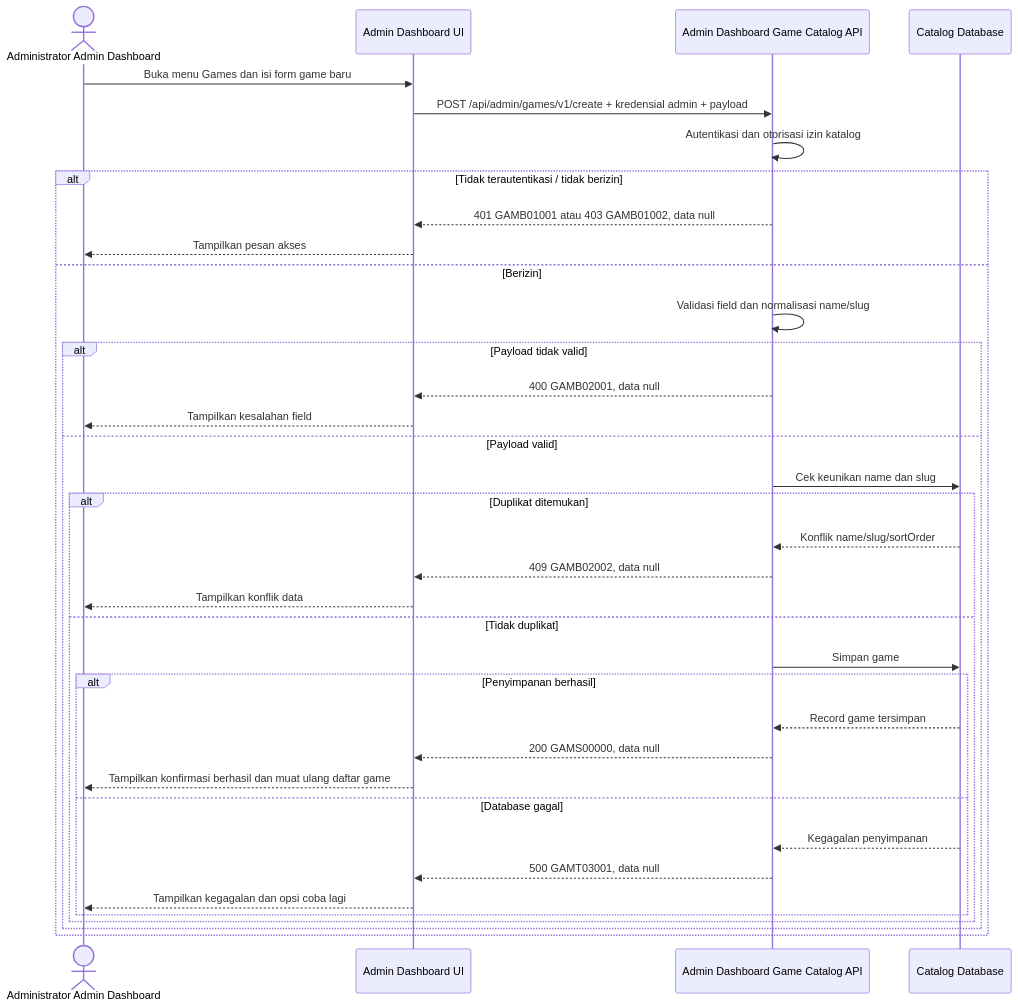
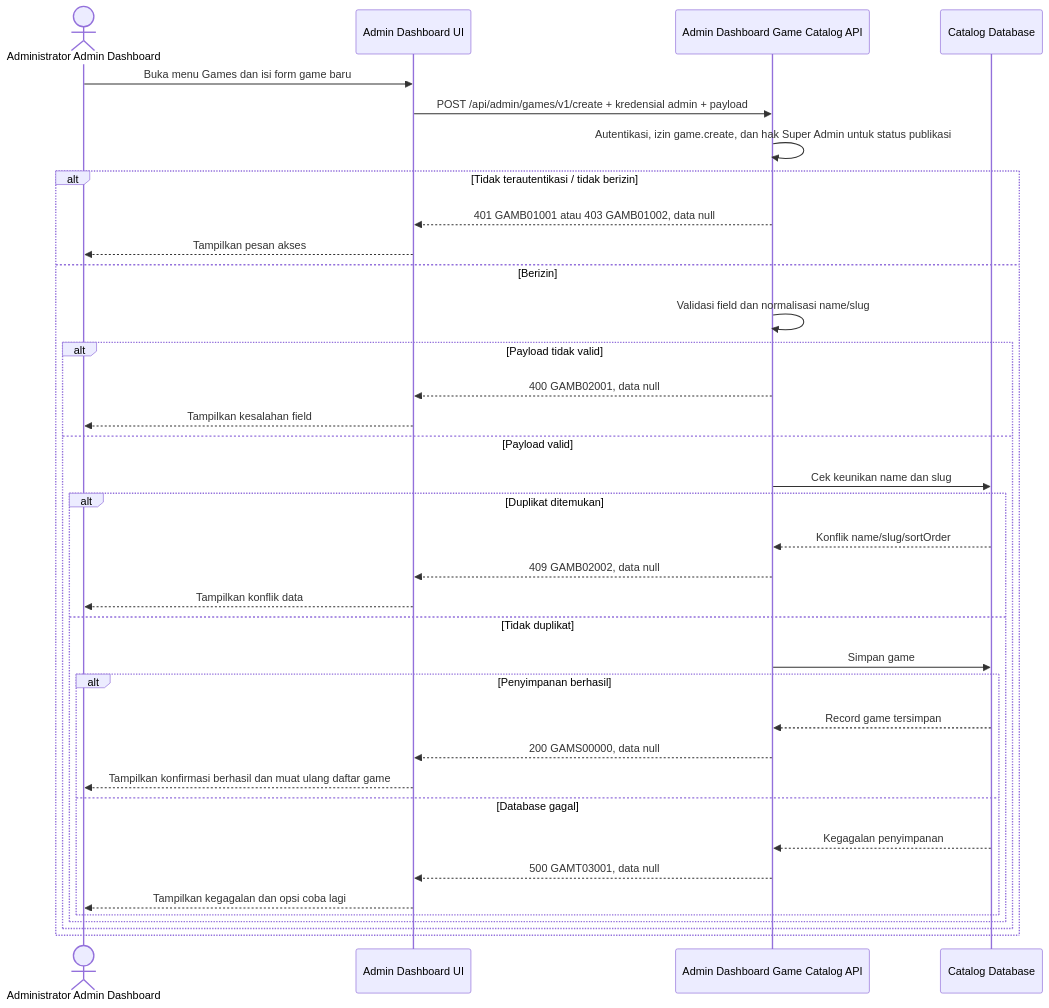
The diagram in sprint-1/solutioning/dashboard/games/create-game.md (fatihmuhamadridho/docs-game-service-platform), drawn with Mermaid before and after one commit. The commit also changed other lines of this file and 24 other files, not shown here.

First line of the commit message:
feat: define sprint 1 admin and game contracts

````diff
--- a/sprint-1/solutioning/dashboard/games/create-game.md
+++ b/sprint-1/solutioning/dashboard/games/create-game.md
@@ -14,38 +14,38 @@
 ```mermaid
 sequenceDiagram
     actor Admin as Administrator Admin Dashboard
     participant UI as Admin Dashboard UI
     participant API as Admin Dashboard Game Catalog API
     participant DB as Catalog Database
     Admin->>UI: Buka menu Games dan isi form game baru
     UI->>API: POST /api/admin/games/v1/create + kredensial admin + payload
-    API->>API: Autentikasi dan otorisasi izin katalog
+    API->>API: Autentikasi, izin game.create, dan hak Super Admin untuk status publikasi
     alt Tidak terautentikasi / tidak berizin
         API-->>UI: 401 GAMB01001 atau 403 GAMB01002, data null
         UI-->>Admin: Tampilkan pesan akses
     else Berizin
         API->>API: Validasi field dan normalisasi name/slug
         alt Payload tidak valid
             API-->>UI: 400 GAMB02001, data null
             UI-->>Admin: Tampilkan kesalahan field
         else Payload valid
             API->>DB: Cek keunikan name dan slug
             alt Duplikat ditemukan
                 DB-->>API: Konflik name/slug/sortOrder
                 API-->>UI: 409 GAMB02002, data null
                 UI-->>Admin: Tampilkan konflik data
             else Tidak duplikat
                 API->>DB: Simpan game
                 alt Penyimpanan berhasil
                     DB-->>API: Record game tersimpan
                     API-->>UI: 200 GAMS00000, data null
                     UI-->>Admin: Tampilkan konfirmasi berhasil dan muat ulang daftar game
                 else Database gagal
                     DB-->>API: Kegagalan penyimpanan
                     API-->>UI: 500 GAMT03001, data null
                     UI-->>Admin: Tampilkan kegagalan dan opsi coba lagi
                 end
             end
         end
     end
 ```
````
